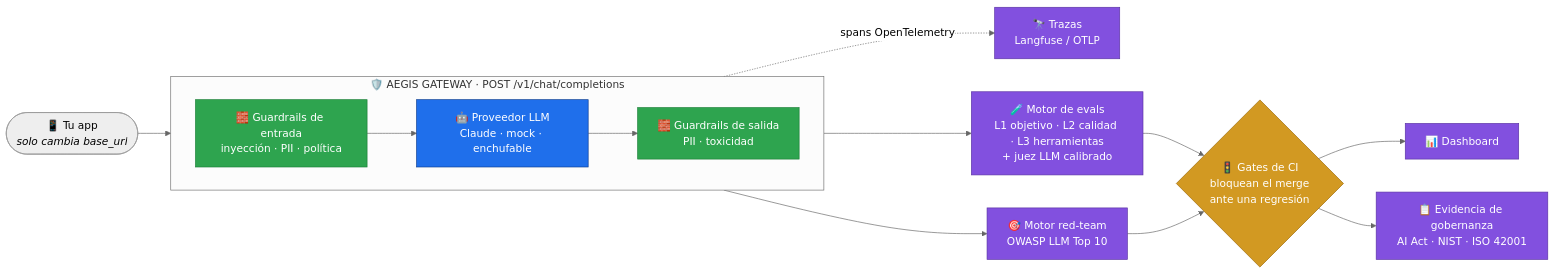
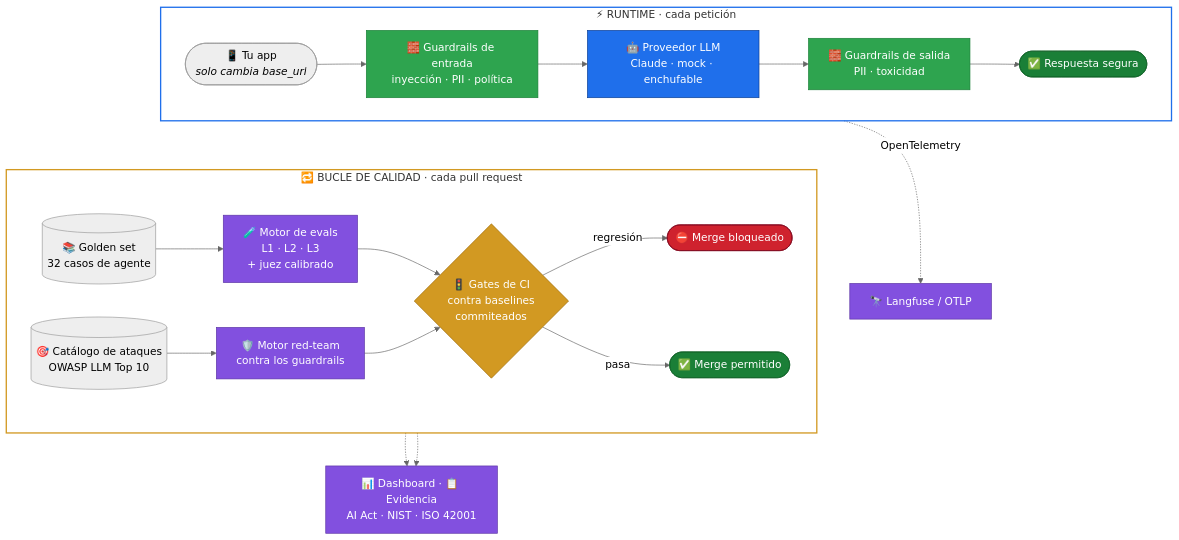
Before and after one commit to marcosmatalab/aegis: the diagram in README.es.md, drawn with Mermaid (neutral theme). The commit also changed other lines of this file and 1 other file, not shown here.

First line of the commit message:
docs: add why-it-exists, a real request walkthrough and design trade-offs to both READMEs

````diff
--- a/README.es.md
+++ b/README.es.md
@@ -104,31 +141,40 @@
 ```mermaid
-flowchart LR
-    app(["📱 Tu app<br/><i>solo cambia base_url</i>"])
-
-    subgraph gw["🛡️ AEGIS GATEWAY · POST /v1/chat/completions"]
+flowchart TB
+    subgraph run["⚡ RUNTIME · cada petición"]
         direction LR
-        gin["🧱 Guardrails de entrada<br/>inyección · PII · política"]
-        llm["🤖 Proveedor LLM<br/>Claude · mock · enchufable"]
-        gout["🧱 Guardrails de salida<br/>PII · toxicidad"]
-        gin --> llm --> gout
+        app(["📱 Tu app<br/><i>solo cambia base_url</i>"]) --> gin["🧱 Guardrails de entrada<br/>inyección · PII · política"]
+        gin --> llm["🤖 Proveedor LLM<br/>Claude · mock · enchufable"]
+        llm --> gout["🧱 Guardrails de salida<br/>PII · toxicidad"]
+        gout --> resp(["✅ Respuesta segura"])
     end
 
-    app --> gw
-    gw -. "spans OpenTelemetry" .-> otel["🔭 Trazas<br/>Langfuse / OTLP"]
+    subgraph ci["🔁 BUCLE DE CALIDAD · cada pull request"]
+        direction LR
+        golden[("📚 Golden set<br/>32 casos de agente")] --> ev["🧪 Motor de evals<br/>L1 · L2 · L3<br/>+ juez calibrado"]
+        catalog[("🎯 Catálogo de ataques<br/>OWASP LLM Top 10")] --> rt["🛡️ Motor red-team<br/>contra los guardrails"]
+        ev --> gate{"🚦 Gates de CI<br/>contra baselines<br/>commiteados"}
+        rt --> gate
+        gate -- "regresión" --> block(["⛔ Merge bloqueado"])
+        gate -- "pasa" --> ok(["✅ Merge permitido"])
+    end
 
-    gw --> ev["🧪 Motor de evals<br/>L1 objetivo · L2 calidad · L3 herramientas<br/>+ juez LLM calibrado"]
-    gw --> rt["🎯 Motor red-team<br/>OWASP LLM Top 10"]
-    ev --> gate{"🚦 Gates de CI<br/>bloquean el merge<br/>ante una regresión"}
-    rt --> gate
-    gate --> dash["📊 Dashboard"]
-    gate --> gov["📋 Evidencia de gobernanza<br/>AI Act · NIST · ISO 42001"]
+    run ~~~ ci
+    ev -.-> reports["📊 Dashboard · 📋 Evidencia<br/>AI Act · NIST · ISO 42001"]
+    rt -.-> reports
+    llm -. "OpenTelemetry" .-> otel["🔭 Langfuse / OTLP"]
 
+    classDef guard fill:#2ea44f,stroke:#1a7f37,color:#fff
     classDef core fill:#1f6feb,stroke:#0b3d91,color:#fff
-    classDef guard fill:#2ea44f,stroke:#1a7f37,color:#fff
+    classDef engine fill:#8250df,stroke:#5a32a3,color:#fff
     classDef gate fill:#d29922,stroke:#9a6700,color:#fff
-    classDef out fill:#8250df,stroke:#5a32a3,color:#fff
+    classDef bad fill:#cf222e,stroke:#82071e,color:#fff
+    classDef good fill:#1a7f37,stroke:#116329,color:#fff
+    class gin,gout guard
     class llm core
-    class gin,gout guard
+    class ev,rt,reports,otel engine
     class gate gate
-    class ev,rt,dash,gov,otel out
+    class block bad
+    class ok,resp good
+    style run fill:none,stroke:#1f6feb,stroke-width:2px
+    style ci fill:none,stroke:#d29922,stroke-width:2px
 ```
````
